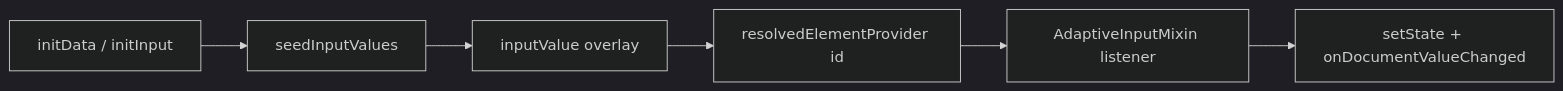
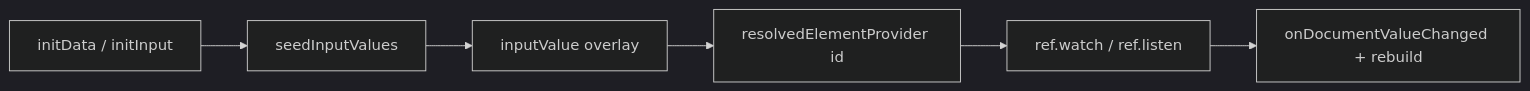
One commit to freemansoft/Flutter-AdaptiveCards changed the second of 3 diagrams in docs/reactive-riverpod.md. Above: the diagram before and after it, drawn with Mermaid (dark theme). The commit also changed other lines of this file and 27 other files, not shown here.

Commit message:
Migrate all input state out of the adaptive mixin and into riverpod overlay

````diff
--- a/docs/reactive-riverpod.md
+++ b/docs/reactive-riverpod.md
@@ -101,8 +101,8 @@
 ```mermaid
 flowchart LR
   initData[initData / initInput] --> seed[seedInputValues]
   seed --> overlay[inputValue overlay]
   overlay --> resolved[resolvedElementProvider id]
-  resolved --> listener[AdaptiveInputMixin listener]
-  listener --> setState["setState + onDocumentValueChanged"]
+  resolved --> listener["ref.watch / ref.listen"]
+  listener --> setState["onDocumentValueChanged + rebuild"]
 ```
````
